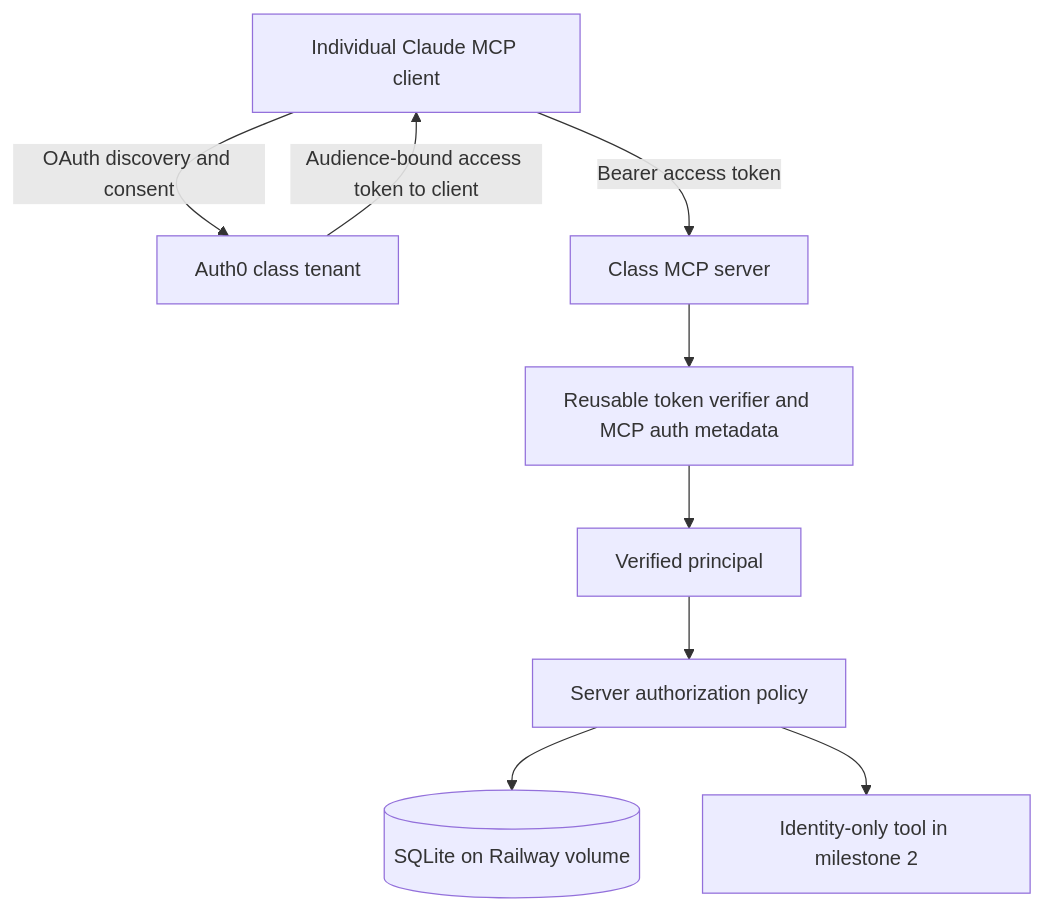
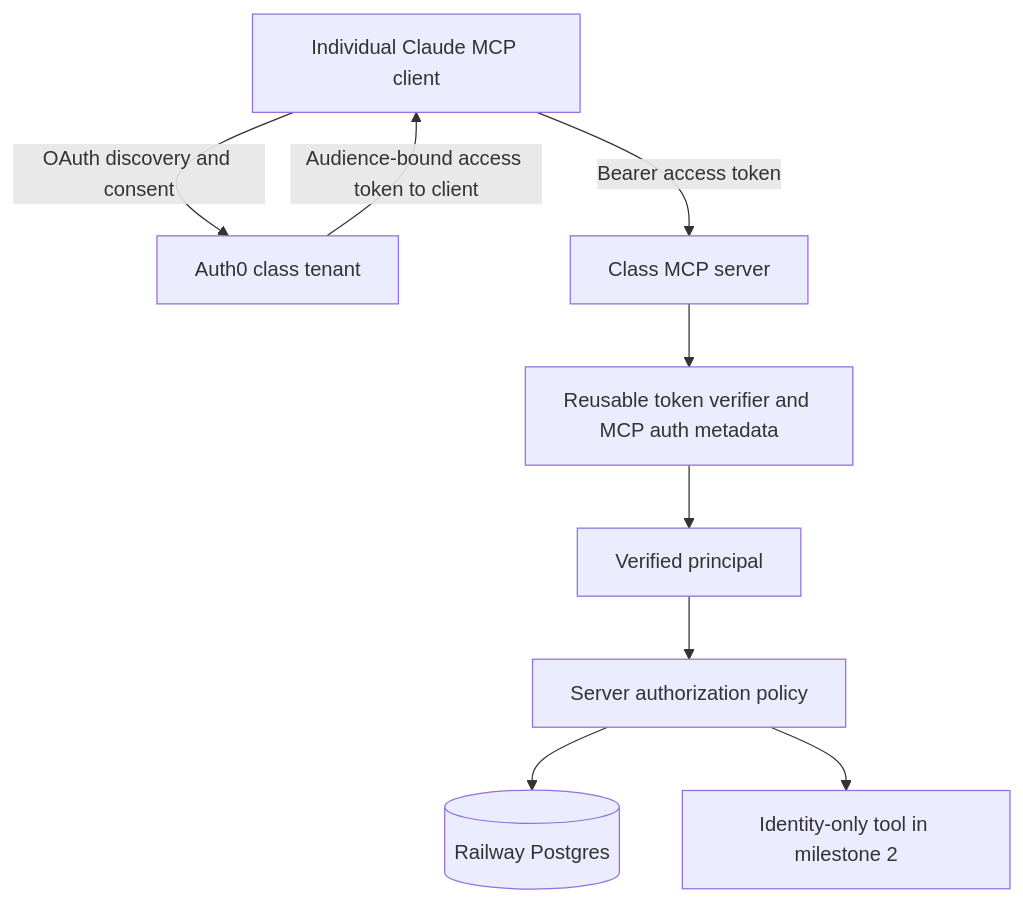
One commit to Northwestern-MPD/claude-cloud-mcp-bridge changed the diagram in docs/superpowers/specs/2026-10-17-milestone-2-identity-authorization-design.md. Above: the diagram before and after it, drawn with Mermaid. The commit also changed other lines of this file and 2 other files, not shown here.

Commit message:
Revise milestone 2 design and plan for Railway Postgres

````diff
--- a/docs/superpowers/specs/2026-10-17-milestone-2-identity-authorization-design.md
+++ b/docs/superpowers/specs/2026-10-17-milestone-2-identity-authorization-design.md
@@ -33,11 +33,11 @@
 ```mermaid
 flowchart TD
     C[Individual Claude MCP client] -->|OAuth discovery and consent| A[Auth0 class tenant]
     A -->|Audience-bound access token to client| C
     C -->|Bearer access token| S[Class MCP server]
     S --> V[Reusable token verifier and MCP auth metadata]
     V --> P[Verified principal]
     P --> R[Server authorization policy]
-    R --> D[(SQLite on Railway volume)]
+    R --> D[(Railway Postgres)]
     R --> I[Identity-only tool in milestone 2]
 ```
````
